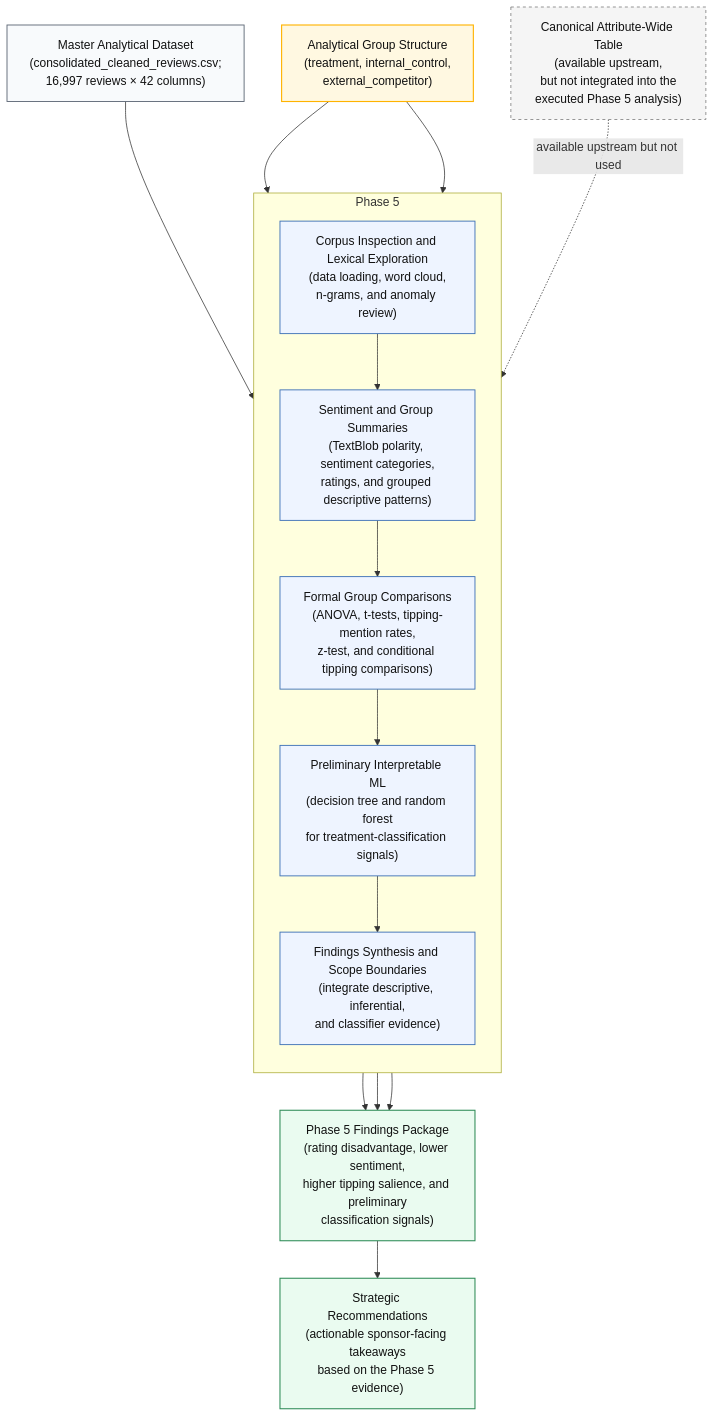
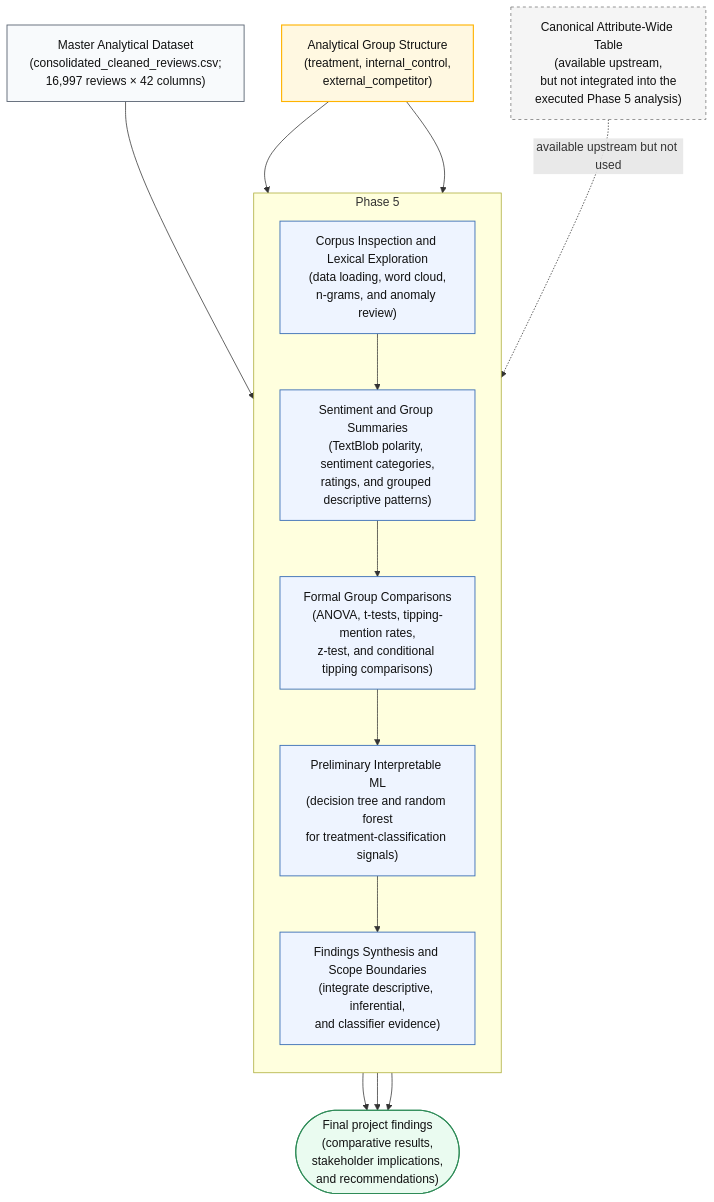
Before and after one commit to sergiodavila18-afk/DSA5900: the diagram in 06_figures_and_diagrams/mermaid_source/phase_5_simple.md, drawn with Mermaid.

Commit message:
Update findings and recommendations in phase 5 diagram

````diff
--- a/06_figures_and_diagrams/mermaid_source/phase_5_simple.md
+++ b/06_figures_and_diagrams/mermaid_source/phase_5_simple.md
@@ -1,50 +1,47 @@
 ```mermaid
 flowchart TD
 
     D["Master Analytical Dataset<br/>(consolidated_cleaned_reviews.csv;<br/>16,997 reviews × 42 columns)"]:::data
 
     G["Analytical Group Structure<br/>(treatment, internal_control,<br/>external_competitor)"]:::cohort
 
     WIDE["Canonical Attribute-Wide Table<br/>(available upstream,<br/>but not integrated into the<br/>executed Phase 5 analysis)"]:::note
 
     subgraph P5["Phase 5"]
         direction TB
 
         DESC["Corpus Inspection and Lexical Exploration<br/>(data loading, word cloud,<br/>n-grams, and anomaly review)"]:::proc
 
         SENT["Sentiment and Group Summaries<br/>(TextBlob polarity, sentiment categories,<br/>ratings, and grouped descriptive patterns)"]:::proc
 
         TEST["Formal Group Comparisons<br/>(ANOVA, t-tests, tipping-mention rates,<br/>z-test, and conditional tipping comparisons)"]:::proc
 
         ML["Preliminary Interpretable ML<br/>(decision tree and random forest<br/>for treatment-classification signals)"]:::proc
 
         SYN["Findings Synthesis and Scope Boundaries<br/>(integrate descriptive, inferential,<br/>and classifier evidence)"]:::proc
 
         DESC --> SENT --> TEST --> ML --> SYN
     end
 
-    FIND["Phase 5 Findings Package<br/>(rating disadvantage, lower sentiment,<br/>higher tipping salience, and preliminary<br/>classification signals)"]:::output
-
-    REC["Strategic Recommendations<br/>(actionable sponsor-facing takeaways<br/>based on the Phase 5 evidence)"]:::output
+    OUT(["Final project findings<br/>(comparative results,<br/>stakeholder implications,<br/>and recommendations)"]):::output
 
     D --> DESC
     G --> SENT
     G --> TEST
-    TEST --> FIND
-    ML --> FIND
-    SYN --> FIND
-    FIND --> REC
+    TEST --> OUT
+    ML --> OUT
+    SYN --> OUT
     WIDE -. "available upstream but not used" .-> SYN
 
     classDef proc fill:#EEF4FF,stroke:#3B6FB6,stroke-width:1.2px,color:#111;
     classDef data fill:#F8FAFC,stroke:#5B6573,stroke-width:1.2px,color:#111;
     classDef cohort fill:#FFF8E1,stroke:#FFB300,stroke-width:1.5px,color:#111;
     classDef output fill:#EAFBF0,stroke:#2E8B57,stroke-width:1.4px,color:#111;
     classDef note fill:#F5F5F5,stroke:#757575,stroke-width:1px,color:#111,stroke-dasharray: 4 4;
 
     class D data;
     class G cohort;
     class DESC,SENT,TEST,ML,SYN proc;
-    class FIND,REC output;
+    class OUT output;
     class WIDE note;
 ```
````
